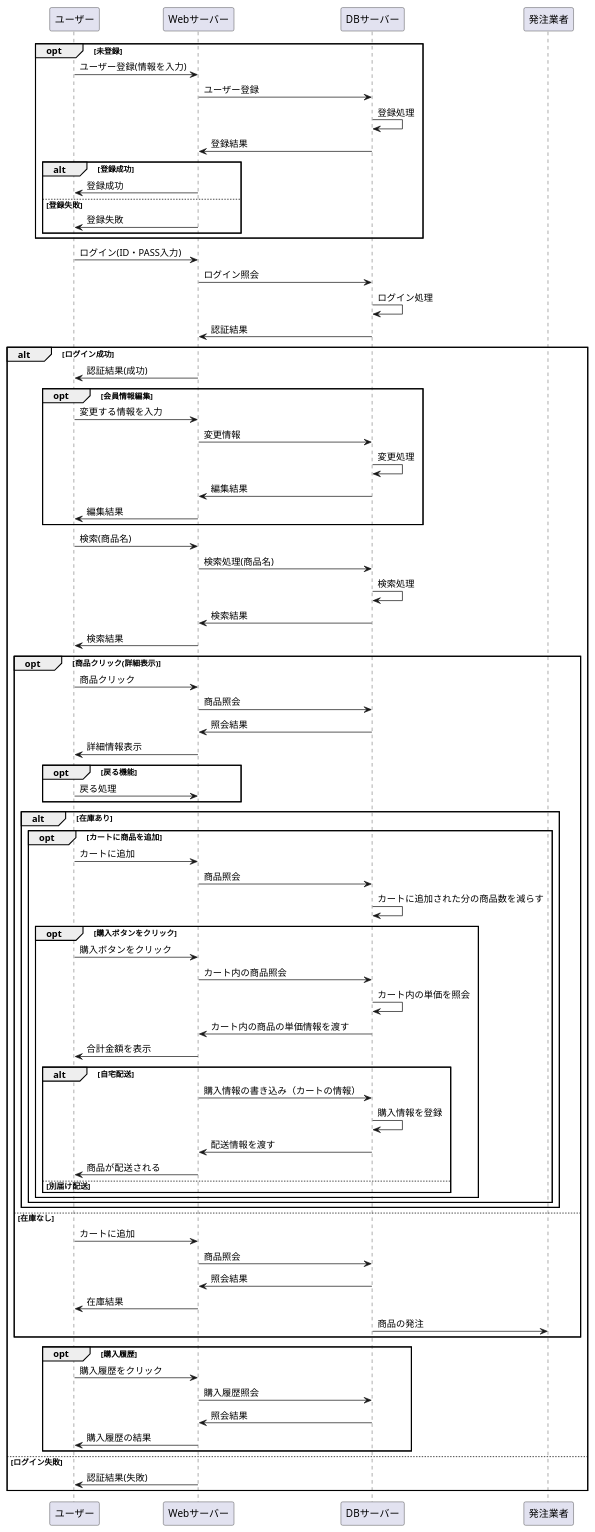
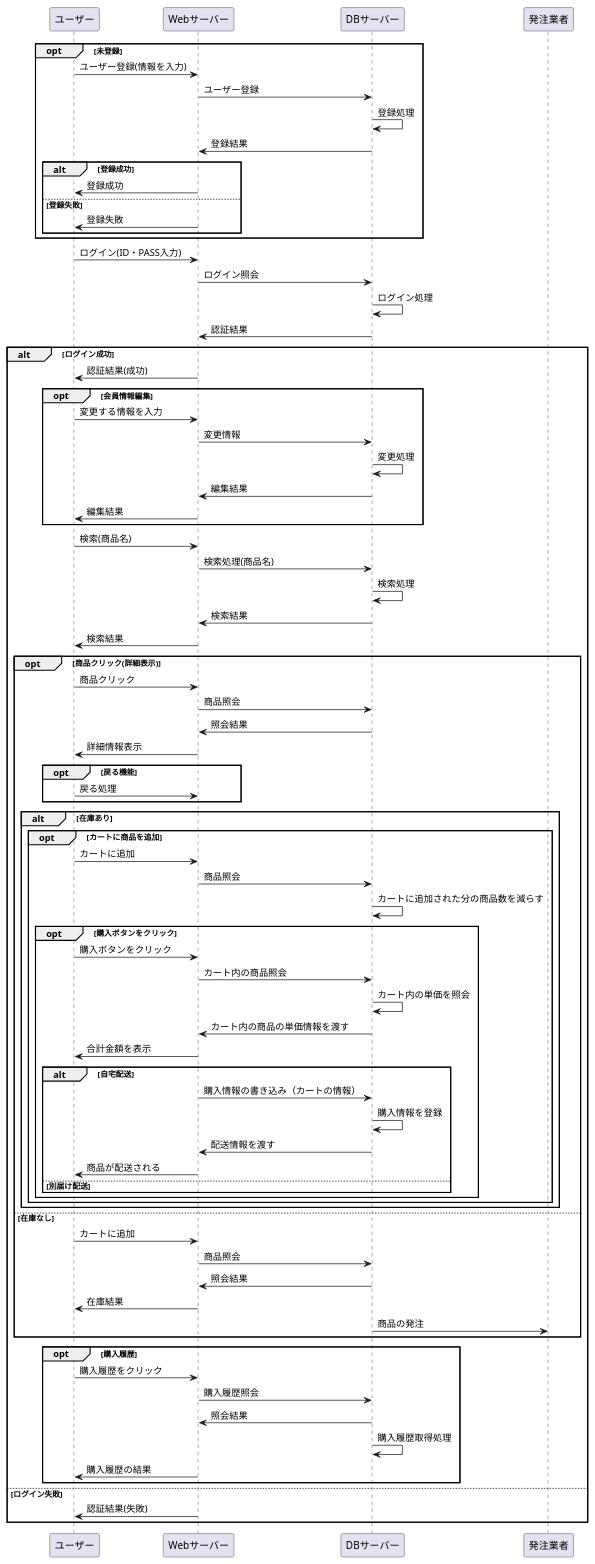
The diagram in 設計書/02_業務フロー/business-flow-test.md (Aso2001227/Aso-Sports-1), drawn with PlantUML before and after one commit.

```diff
--- a/設計書/02_業務フロー/business-flow-test.md
+++ b/設計書/02_業務フロー/business-flow-test.md
@@ -90,6 +90,7 @@
 ユーザー ->Webサーバー :購入履歴をクリック
 Webサーバー -> DBサーバー :購入履歴照会
 DBサーバー -> Webサーバー :照会結果
+DBサーバー -> DBサーバー : 購入履歴取得処理
 Webサーバー -> ユーザー :購入履歴の結果
 end
 else ログイン失敗
```
